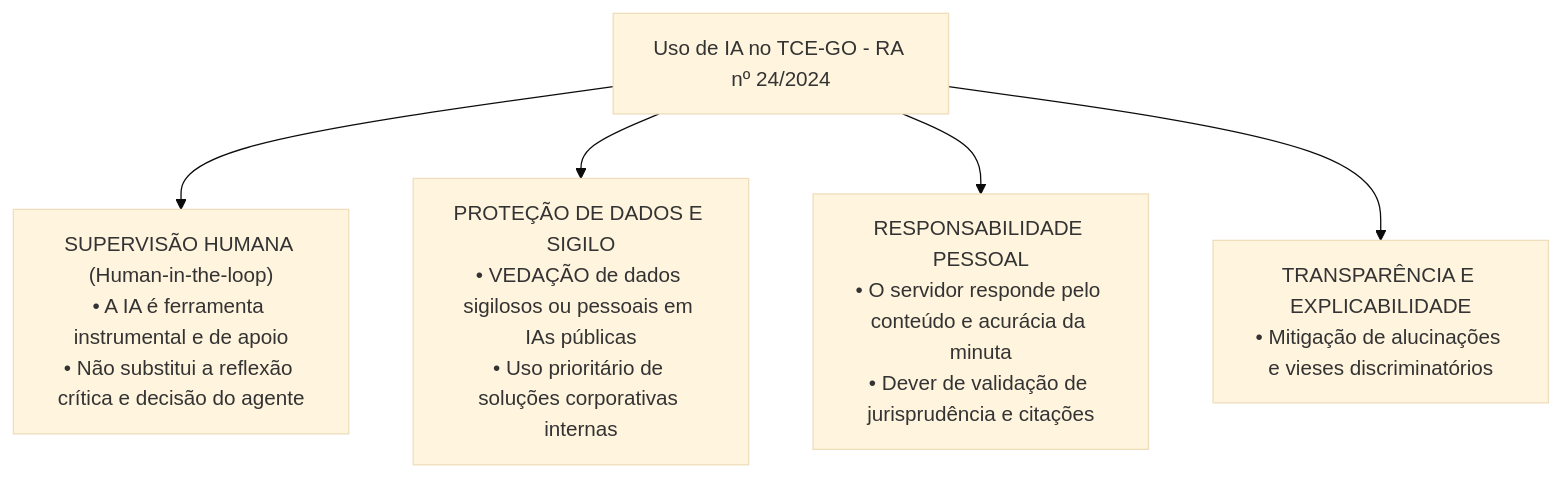
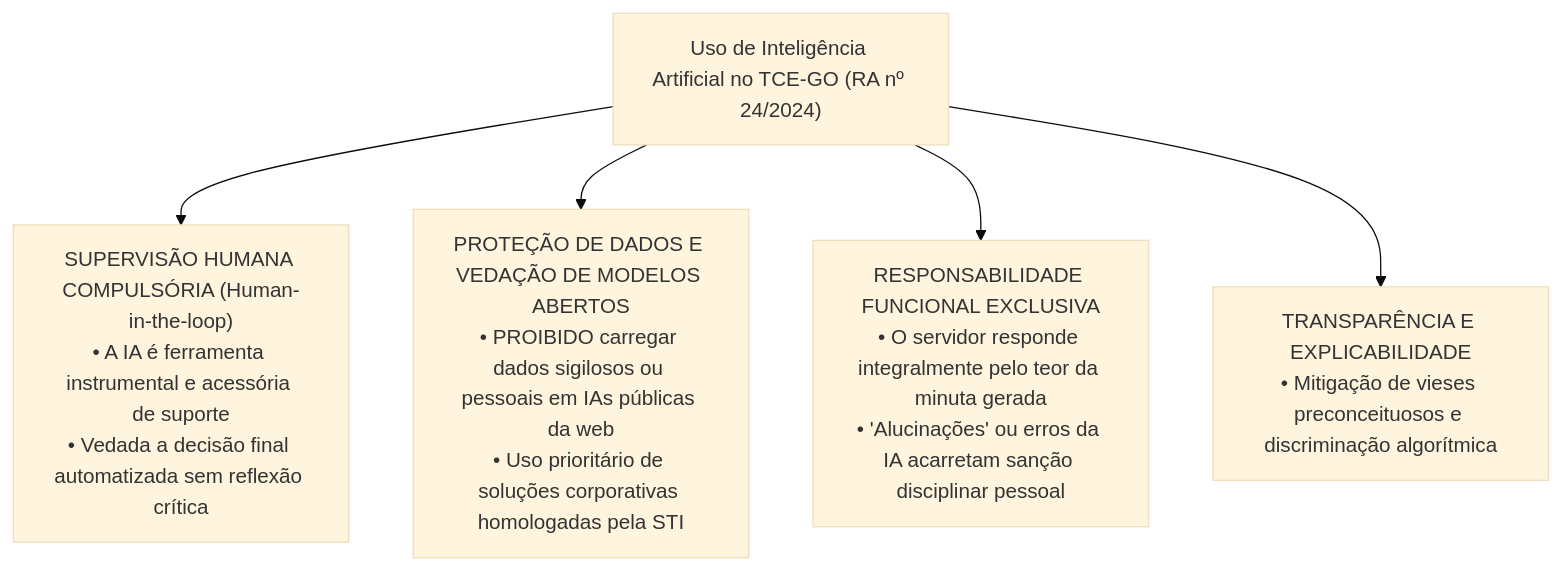
One commit to thiagosantos346/TCE-GO-2027 changed the first of 2 diagrams in fontes_de_estudo/conhecimentos_gerais/03_legislacao_institucional/06_politicas_institucionais_e_resolucoes_normativas.md. Above: the diagram before and after it, drawn with Mermaid (base theme). The commit also changed other lines of this file and 119 other files, not shown here.

````diff
--- a/fontes_de_estudo/conhecimentos_gerais/03_legislacao_institucional/06_politicas_institucionais_e_resolucoes_normativas.md
+++ b/fontes_de_estudo/conhecimentos_gerais/03_legislacao_institucional/06_politicas_institucionais_e_resolucoes_normativas.md
@@ -124,9 +154,9 @@
 ```mermaid
 graph TD
-    UsoIA[Uso de IA no TCE-GO - RA nº 24/2024]
+    UsoIA["Uso de Inteligência Artificial no TCE-GO (RA nº 24/2024)"]
     
-    UsoIA --> PrincipioHumano["SUPERVISÃO HUMANA (Human-in-the-loop)<br/>• A IA é ferramenta instrumental e de apoio<br/>• Não substitui a reflexão crítica e decisão do agente"]
-    UsoIA --> SegurancaDados["PROTEÇÃO DE DADOS E SIGILO<br/>• VEDAÇÃO de dados sigilosos ou pessoais em IAs públicas<br/>• Uso prioritário de soluções corporativas internas"]
-    UsoIA --> Responsabilidade["RESPONSABILIDADE PESSOAL<br/>• O servidor responde pelo conteúdo e acurácia da minuta<br/>• Dever de validação de jurisprudência e citações"]
-    UsoIA --> Transparencia["TRANSPARÊNCIA E EXPLICABILIDADE<br/>• Mitigação de alucinações e vieses discriminatórios"]
+    UsoIA --> Human["SUPERVISÃO HUMANA COMPULSÓRIA (Human-in-the-loop)<br/>• A IA é ferramenta instrumental e acessória de suporte<br/>• Vedada a decisão final automatizada sem reflexão crítica"]
+    UsoIA --> Sigilo["PROTEÇÃO DE DADOS E VEDAÇÃO DE MODELOS ABERTOS<br/>• PROIBIDO carregar dados sigilosos ou pessoais em IAs públicas da web<br/>• Uso prioritário de soluções corporativas homologadas pela STI"]
+    UsoIA --> Resp["RESPONSABILIDADE FUNCIONAL EXCLUSIVA<br/>• O servidor responde integralmente pelo teor da minuta gerada<br/>• 'Alucinações' ou erros da IA acarretam sanção disciplinar pessoal"]
+    UsoIA --> Etica["TRANSPARÊNCIA E EXPLICABILIDADE<br/>• Mitigação de vieses preconceituosos e discriminação algorítmica"]
 ```
````
